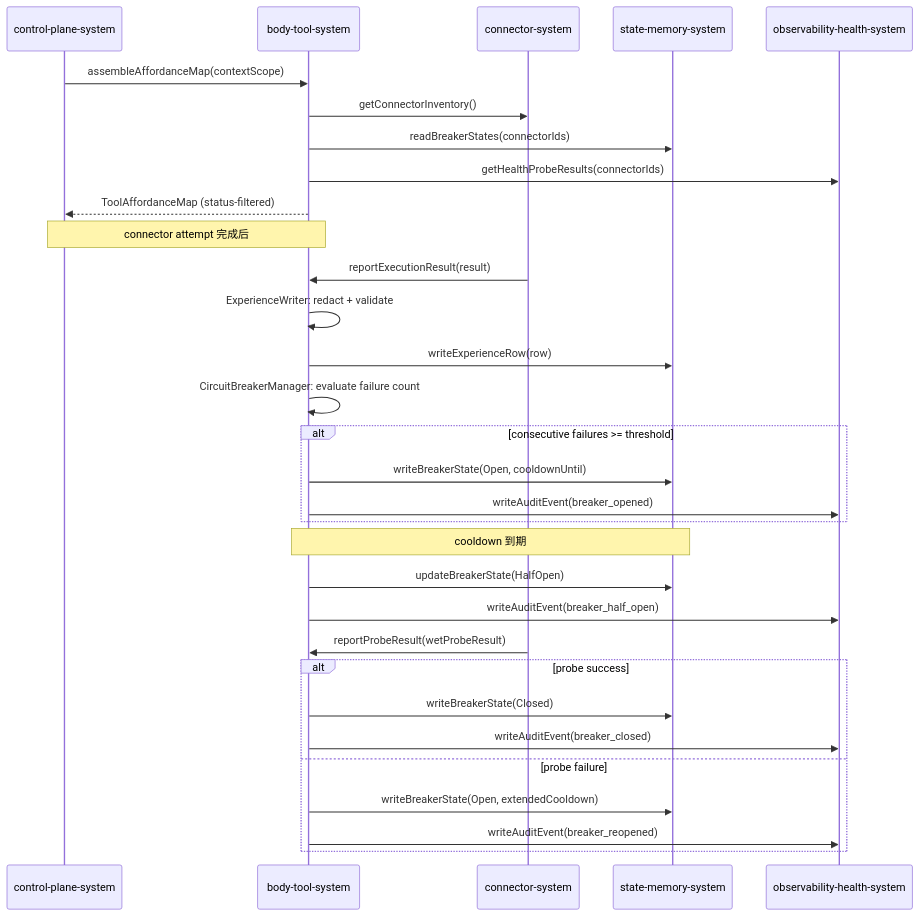
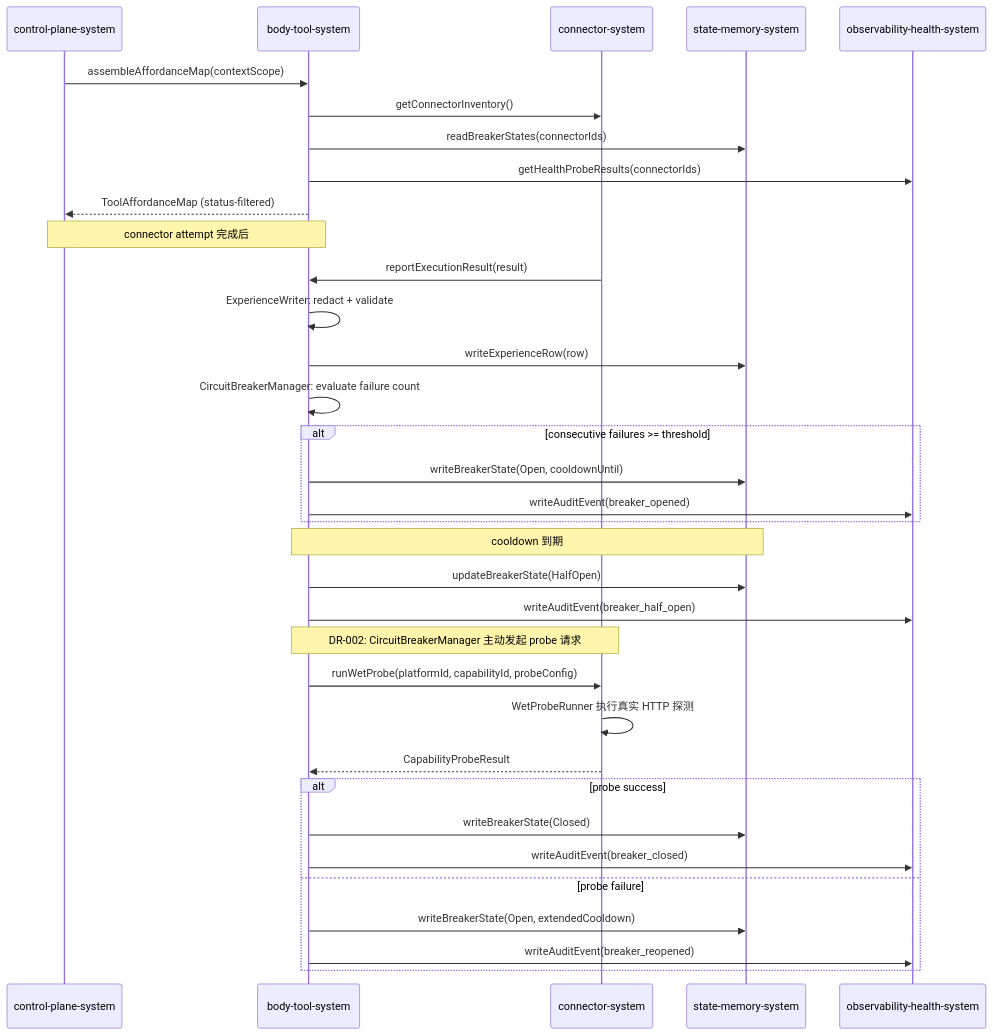
Before and after one commit to Haaaiawd/Second-Nature: the second of 4 diagrams in .anws/v7/04_SYSTEM_DESIGN/body-tool-system.md, drawn with Mermaid. The commit also changed other lines of this file and 7 other files, not shown here.

````diff
--- a/.anws/v7/04_SYSTEM_DESIGN/body-tool-system.md
+++ b/.anws/v7/04_SYSTEM_DESIGN/body-tool-system.md
@@ -182,38 +182,41 @@
 ```mermaid
 sequenceDiagram
     participant CP as control-plane-system
     participant BTS as body-tool-system
     participant CS as connector-system
     participant SMS as state-memory-system
     participant OBS as observability-health-system
 
     CP->>BTS: assembleAffordanceMap(contextScope)
     BTS->>CS: getConnectorInventory()
     BTS->>SMS: readBreakerStates(connectorIds)
     BTS->>OBS: getHealthProbeResults(connectorIds)
     BTS-->>CP: ToolAffordanceMap (status-filtered)
 
     Note over CP,BTS: connector attempt 完成后
 
     CS->>BTS: reportExecutionResult(result)
     BTS->>BTS: ExperienceWriter: redact + validate
     BTS->>SMS: writeExperienceRow(row)
     BTS->>BTS: CircuitBreakerManager: evaluate failure count
     alt consecutive failures >= threshold
         BTS->>SMS: writeBreakerState(Open, cooldownUntil)
         BTS->>OBS: writeAuditEvent(breaker_opened)
     end
 
     Note over BTS,SMS: cooldown 到期
 
     BTS->>SMS: updateBreakerState(HalfOpen)
     BTS->>OBS: writeAuditEvent(breaker_half_open)
-    CS->>BTS: reportProbeResult(wetProbeResult)
+    Note over BTS,CS: DR-002: CircuitBreakerManager 主动发起 probe 请求
+    BTS->>CS: runWetProbe(platformId, capabilityId, probeConfig)
+    CS->>CS: WetProbeRunner 执行真实 HTTP 探测
+    CS-->>BTS: CapabilityProbeResult
     alt probe success
         BTS->>SMS: writeBreakerState(Closed)
         BTS->>OBS: writeAuditEvent(breaker_closed)
     else probe failure
         BTS->>SMS: writeBreakerState(Open, extendedCooldown)
         BTS->>OBS: writeAuditEvent(breaker_reopened)
     end
 ```
````
